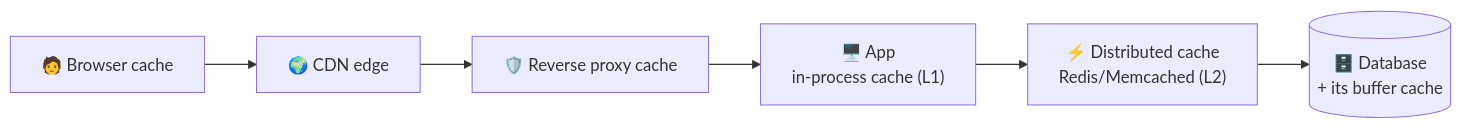
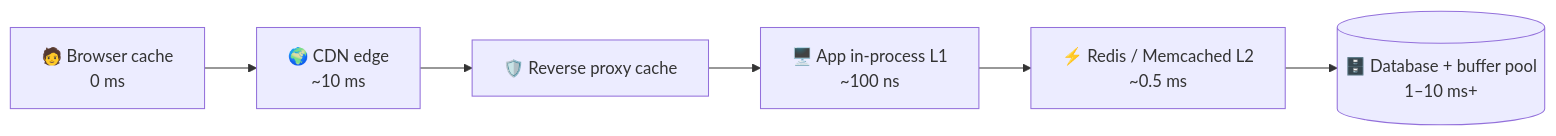
Before and after one commit to winnyboy5/System-Design-from-Atoms: the diagram in phases/04-caching/027-caching-basics.md, drawn with Mermaid. The commit also changed other lines of this file and 5 other files, not shown here.

````diff
--- a/phases/04-caching/027-caching-basics.md
+++ b/phases/04-caching/027-caching-basics.md
@@ -28,8 +38,8 @@
 ```mermaid
 flowchart LR
-    B["🧑 Browser cache"] --> CDN["🌍 CDN edge"]
+    B["🧑 Browser cache<br/>0 ms"] --> CDN["🌍 CDN edge<br/>~10 ms"]
     CDN --> RP["🛡️ Reverse proxy cache"]
-    RP --> APP["🖥️ App<br/>in-process cache (L1)"]
-    APP --> R["⚡ Distributed cache<br/>Redis/Memcached (L2)"]
-    R --> DB[("🗄️ Database<br/>+ its buffer cache")]
+    RP --> APP["🖥️ App in-process L1<br/>~100 ns"]
+    APP --> R["⚡ Redis / Memcached L2<br/>~0.5 ms"]
+    R --> DB[("🗄️ Database + buffer pool<br/>1–10 ms+")]
 ```
````
